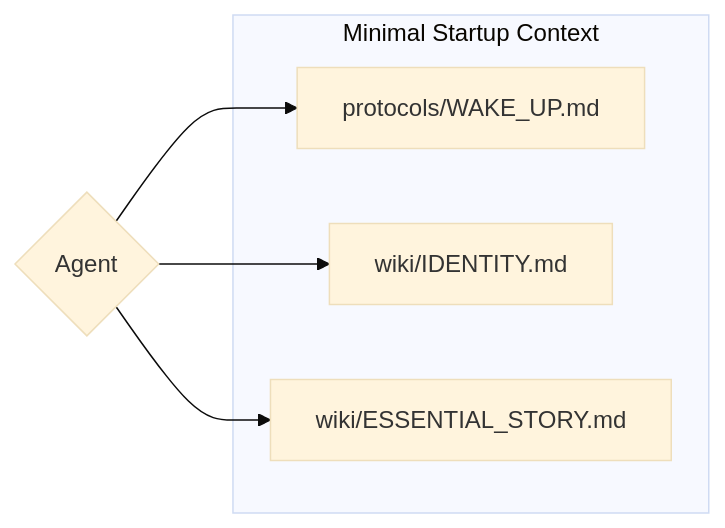
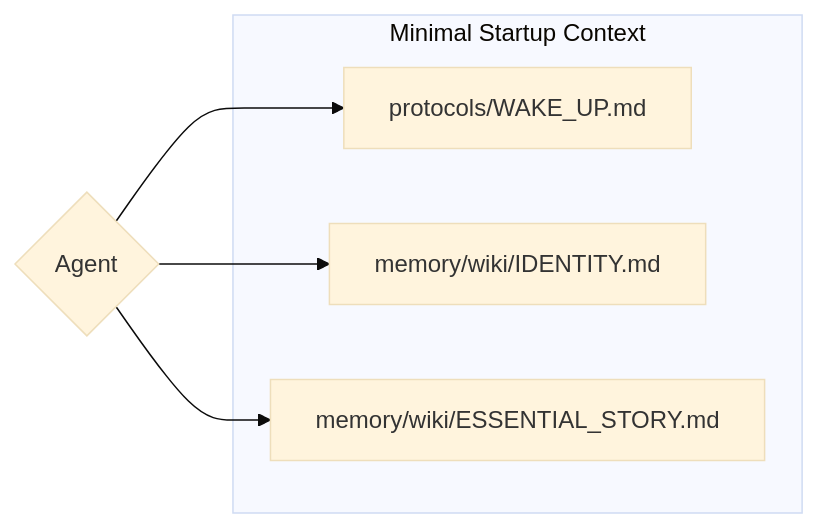
One commit to latentarts/memoid changed the third of 6 diagrams in README.md. Above: the diagram before and after it, drawn with Mermaid (base theme). The commit also changed other lines of this file and 32 other files, not shown here.

Commit message:
refactor: consolidate all user data (wiki, agents, raw, evidence) into a single 'memory/' directory

````diff
--- a/README.md
+++ b/README.md
@@ -161,17 +156,17 @@
 ```mermaid
 graph LR
     Agent{Agent}
     WU[protocols/WAKE_UP.md]
-    ID[wiki/IDENTITY.md]
-    ES[wiki/ESSENTIAL_STORY.md]
+    ID[memory/wiki/IDENTITY.md]
+    ES[memory/wiki/ESSENTIAL_STORY.md]
     
     Agent --> WU
     Agent --> ID
     Agent --> ES
     
     subgraph "Minimal Startup Context"
     WU
     ID
     ES
     end
 ```
````
